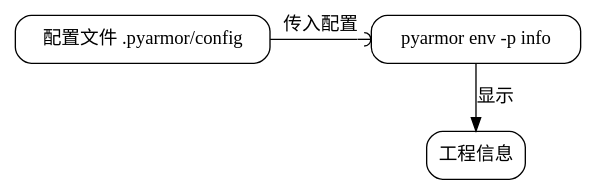
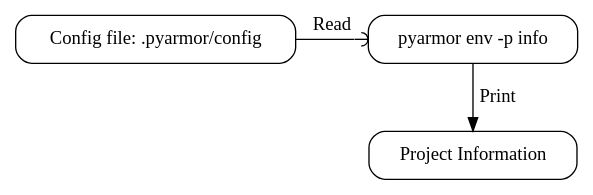
One commit to dashingsoft/dashingsoft.github.io changed the third of 10 diagrams in pyarmor/learn/en/commands.rst. Above: the diagram before and after it, drawn with Graphviz. The commit also changed other lines of this file and 3 other files, not shown here.

```diff
--- a/pyarmor/learn/en/commands.rst
+++ b/pyarmor/learn/en/commands.rst
@@ -73,15 +71,15 @@
 .. graphviz::
-   :caption: 显示工程配置
+   :caption: Show Project Information
    :align: center
    :name: g-show-project-info
 
    digraph G {
       node [shape=box, style=rounded, target="_top"]
 
       init [label="pyarmor env -p info"]
-      conf [label="配置文件 .pyarmor/config"]
-      info [label="工程信息"]
+      conf [label="Config file: .pyarmor/config"]
+      info [label="Project Information"]
 
-      rank=same { conf -> init [label="传入配置" arrowhead=curve] }
-      init -> info [label="显示"]
+      rank=same { conf -> init [label="Read" arrowhead=curve] }
+      init -> info [label="Print"]
    }
```
